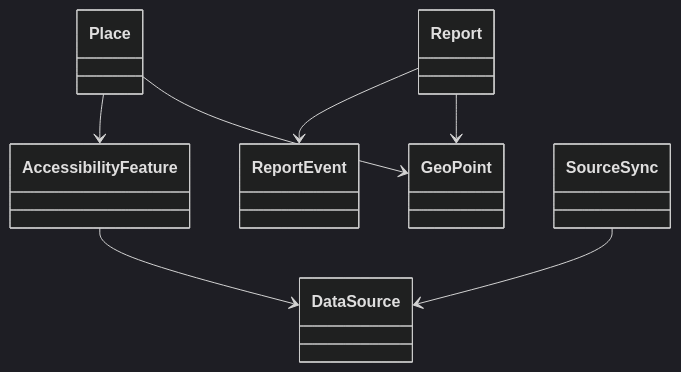
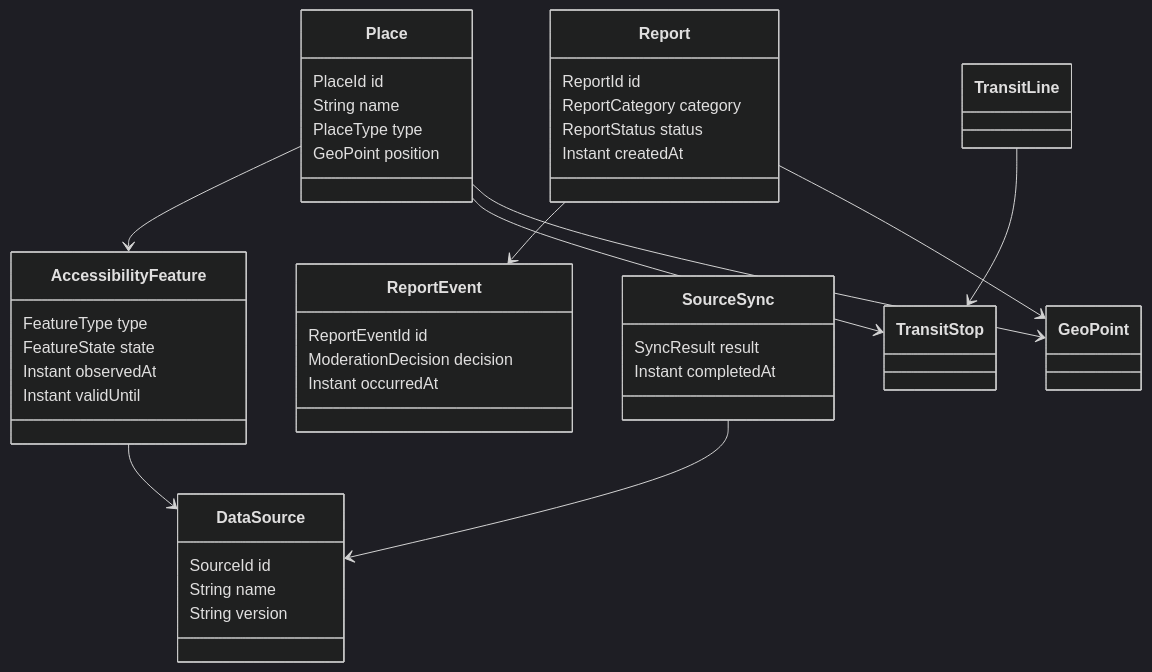
One commit to andreaplini/aegis changed the second of 7 diagrams in docs/RAD.md. Above: the diagram before and after it, drawn with Mermaid (dark theme). The commit also changed other lines of this file and 3 other files, not shown here.

````diff
--- a/docs/RAD.md
+++ b/docs/RAD.md
@@ -264,9 +272,43 @@
 ```mermaid
 classDiagram
+  class Place {
+    PlaceId id
+    String name
+    PlaceType type
+    GeoPoint position
+  }
+  class AccessibilityFeature {
+    FeatureType type
+    FeatureState state
+    Instant observedAt
+    Instant validUntil
+  }
+  class Report {
+    ReportId id
+    ReportCategory category
+    ReportStatus status
+    Instant createdAt
+  }
+  class ReportEvent {
+    ReportEventId id
+    ModerationDecision decision
+    Instant occurredAt
+  }
+  class DataSource {
+    SourceId id
+    String name
+    String version
+  }
+  class SourceSync {
+    SyncResult result
+    Instant completedAt
+  }
   Place --> AccessibilityFeature
+  Place --> TransitStop
+  TransitLine --> TransitStop
   Report --> ReportEvent
   Report --> GeoPoint
   Place --> GeoPoint
   AccessibilityFeature --> DataSource
   SourceSync --> DataSource
 ```
````
